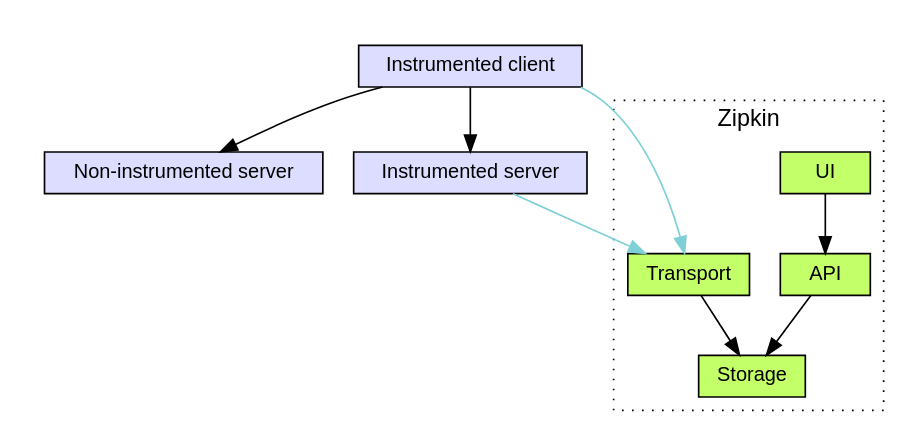
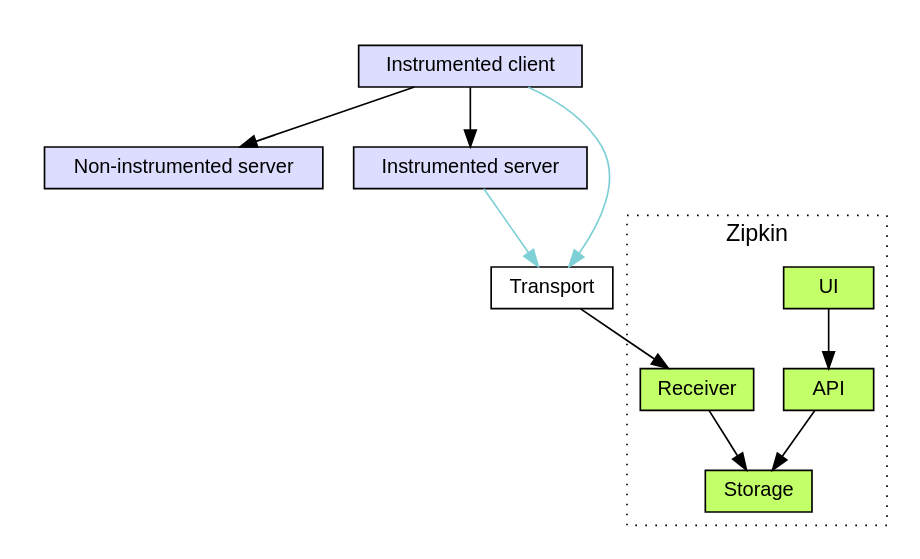
Before and after one commit to jplock/openzipkin.github.io: the diagram in graphs/architecture/source.dot, drawn with Graphviz. The commit also changed 1 other file, not shown here.

Commit message:
Update graph with transport + receiver
As discussed in
https://github.com/openzipkin/openzipkin.github.io/pull/14/files/b10720075322b4392d2b4b61459a4f9e99612737#r57948380

```diff
--- a/graphs/architecture/source.dot
+++ b/graphs/architecture/source.dot
@@ -1,36 +1,39 @@
 digraph Architecture {
   node[fontsize=12, height=0.35, fontname=Helvetica, shape=rect];
   fontname=Helvetica;
 
   subgraph cluster_your_app {
     color=white;
     node[fillcolor="#DDDDFF", style=filled];
 
     client[label="Instrumented client"];
     uninstrumented_server[label="Non-instrumented server"];
     instrumented_server[label="Instrumented server"];
 
     client -> instrumented_server;
     client -> uninstrumented_server;
   }
+
+  transport [label=Transport];
   
   subgraph cluster_zipkin {
     label=Zipkin;
     style=dotted;
     node[fillcolor="#C3FF68", style=filled];
 
-
-    transport[label=Transport];
+    receiver[label=Receiver];
     storage[label=Storage];
     api[label=API];
     ui[label=UI];
 
-    transport -> storage;
+    receiver -> storage;
+    
     ui -> api;
     api -> storage;
   }
 
   instrumented_server -> transport [color="#7ED0D6"];
   client -> transport [color="#7ED0D6"];
+  transport -> receiver;
 
 }
```
